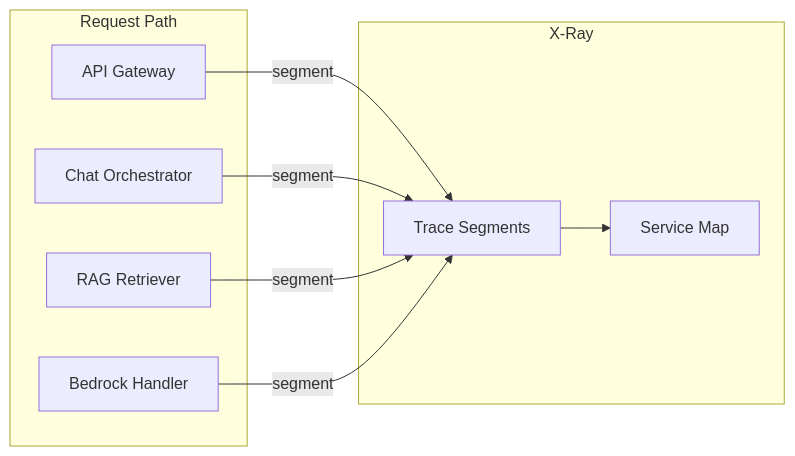
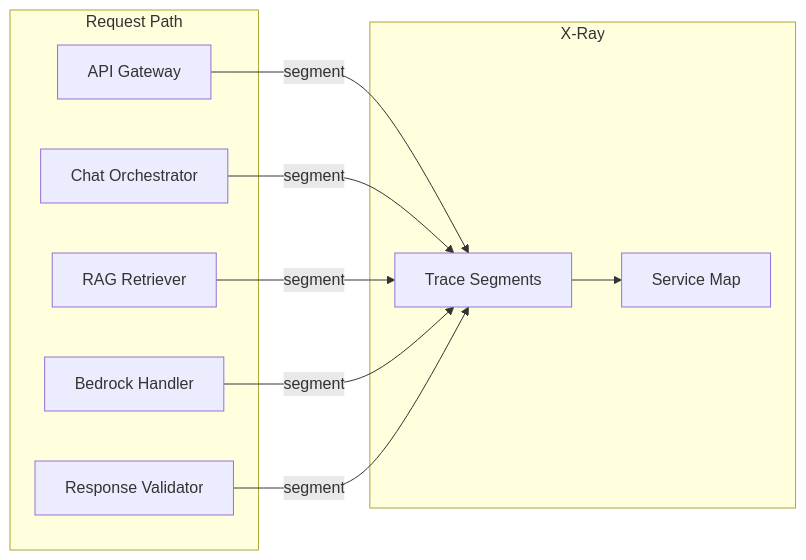
One commit to jujubear24/ai-customer-service-bot changed diagram 24 of 24 in docs/architecture/data-flow.md. Above: the diagram before and after it, drawn with Mermaid. The commit also changed other lines of this file and 3 other files, not shown here.

First line of the commit message:
docs(response-validator): add E2E tests and documentation

````diff
--- a/docs/architecture/data-flow.md
+++ b/docs/architecture/data-flow.md
@@ -718,20 +1028,22 @@
 ```mermaid
 flowchart LR
     subgraph Request Path
         AG[API Gateway]
         CO[Chat Orchestrator]
         RR[RAG Retriever]
         BH[Bedrock Handler]
+        RV[Response Validator]
     end
 
     subgraph X-Ray
         TRACES[Trace Segments]
         MAP[Service Map]
     end
 
     AG -->|segment| TRACES
     CO -->|segment| TRACES
     RR -->|segment| TRACES
     BH -->|segment| TRACES
+    RV -->|segment| TRACES
     TRACES --> MAP
 ```
````
